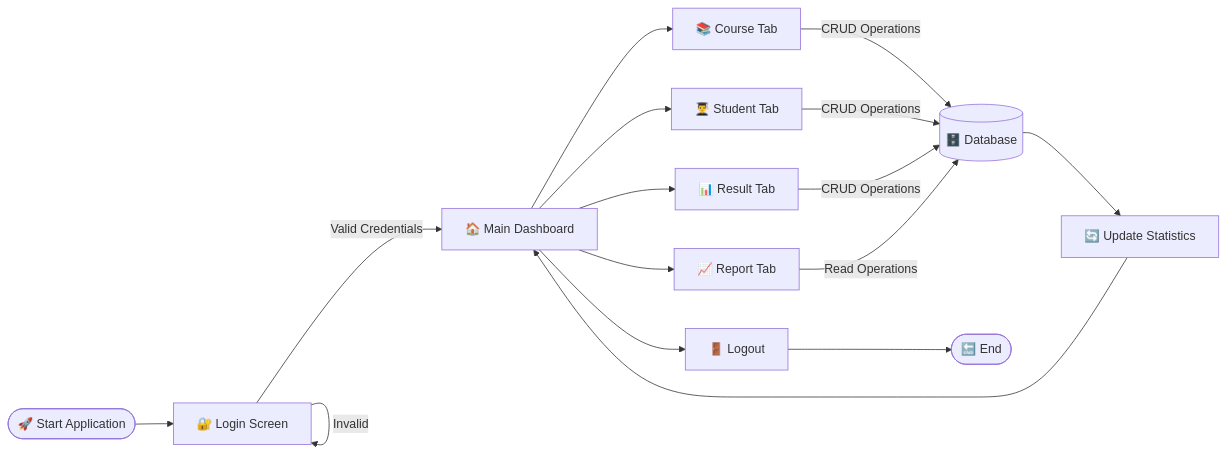
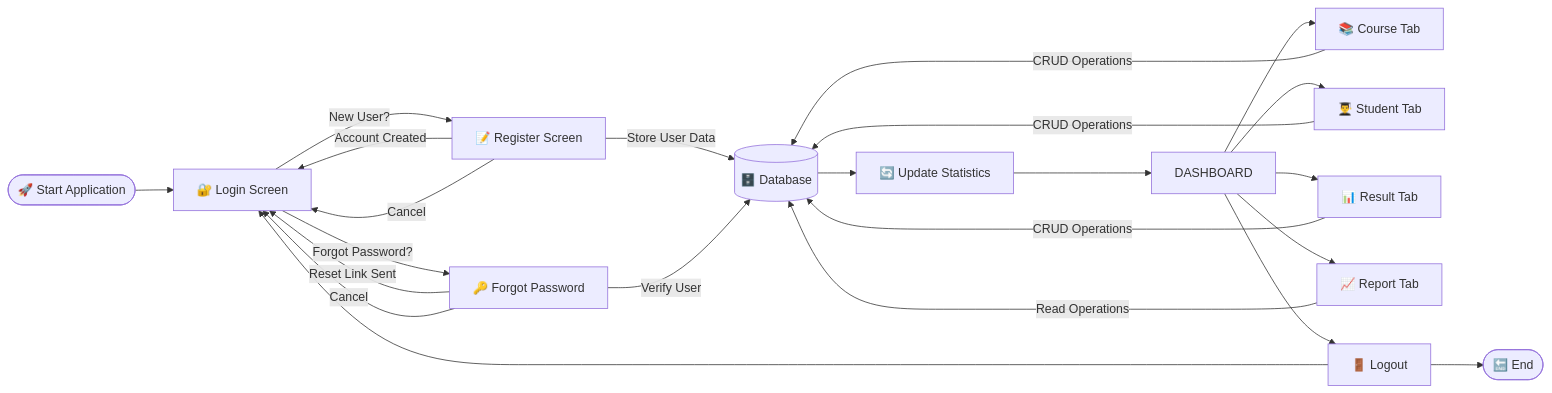
Before and after one commit to sameeran4218/Student-Management-System: the second of 2 diagrams in README.md, drawn with Mermaid. The commit also changed other lines of this file, not shown here.

````diff
--- a/README.md
+++ b/README.md
@@ -67,22 +64,31 @@
 ```mermaid
 flowchart LR
     START([🚀 Start Application]) --> LOGIN[🔐 Login Screen]
-    LOGIN --> |Valid Credentials| DASHBOARD[🏠 Main Dashboard]
-    LOGIN --> |Invalid| LOGIN
+    LOGIN --> |New User?| REGISTER[📝 Register Screen]
+    REGISTER --> |Account Created| LOGIN
+    REGISTER --> |Cancel| LOGIN
+
+    LOGIN --> |Forgot Password?| FORGOT[🔑 Forgot Password]
+    FORGOT --> |Reset Link Sent| LOGIN
+    FORGOT --> |Cancel| LOGIN
     
     DASHBOARD --> COURSE[📚 Course Tab]
     DASHBOARD --> STUDENT[👨‍🎓 Student Tab]
     DASHBOARD --> RESULT[📊 Result Tab]
     DASHBOARD --> REPORT[📈 Report Tab]
     
     COURSE --> |CRUD Operations| DB[(🗄️ Database)]
     STUDENT --> |CRUD Operations| DB
     RESULT --> |CRUD Operations| DB
     REPORT --> |Read Operations| DB
+
+    REGISTER --> |Store User Data| DB
+    FORGOT --> |Verify User| DB
     
     DB --> UPDATE[🔄 Update Statistics]
     UPDATE --> DASHBOARD
     
     DASHBOARD --> LOGOUT[🚪 Logout]
+    LOGOUT --> LOGIN
     LOGOUT --> END([🔚 End])
 ```
````
